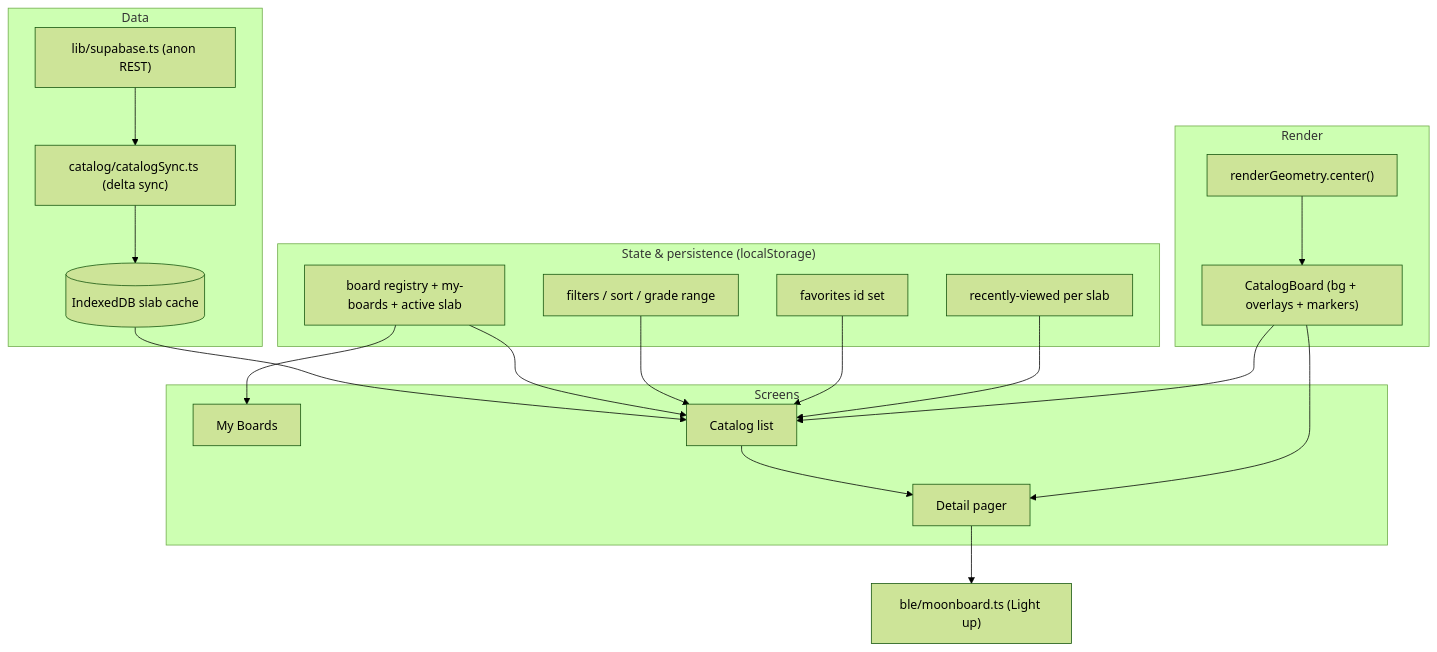
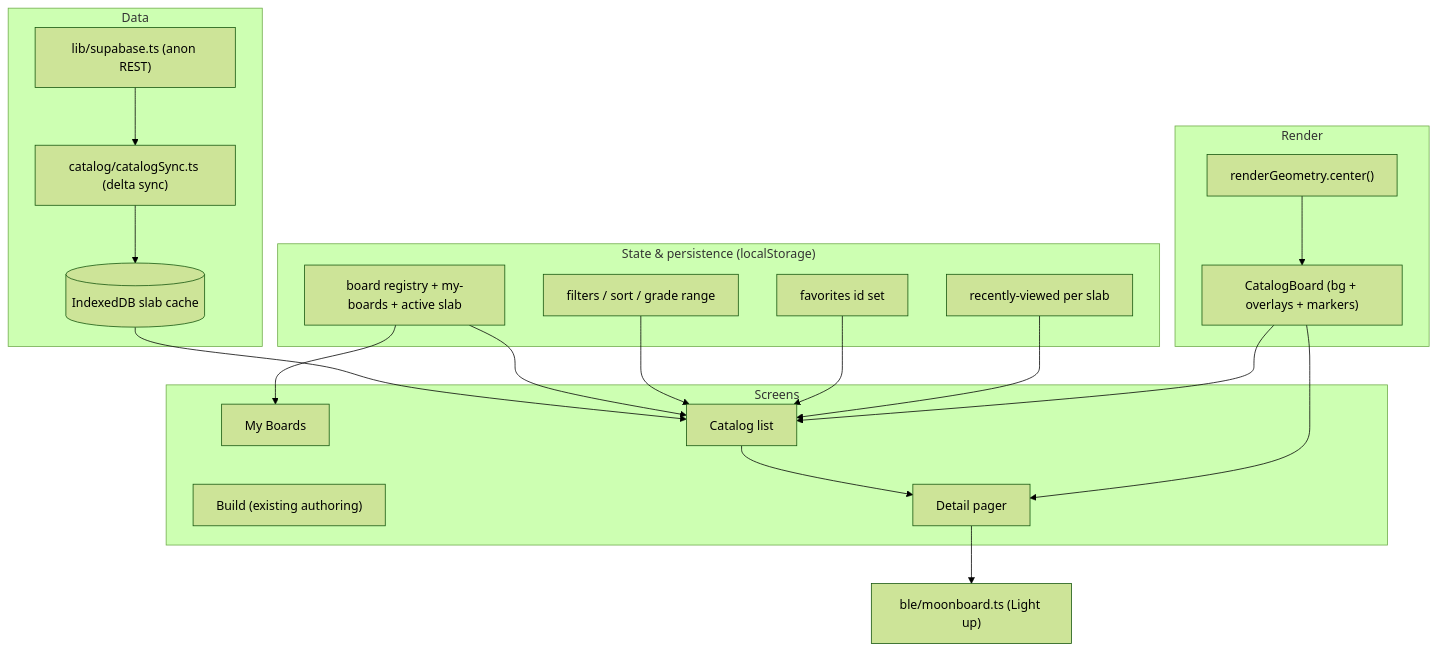
The second of 2 diagrams in docs/plans/2026-07-04-001-feat-pwa-catalog-browser-plan.md (boardhang/boardhang-app), drawn with Mermaid (forest theme) before and after one commit. The commit also changed other lines of this file, not shown here.

````diff
--- a/docs/plans/2026-07-04-001-feat-pwa-catalog-browser-plan.md
+++ b/docs/plans/2026-07-04-001-feat-pwa-catalog-browser-plan.md
@@ -164,35 +164,36 @@
 ```mermaid
 flowchart TB
   subgraph Data
     REST["lib/supabase.ts (anon REST)"]
     Sync["catalog/catalogSync.ts (delta sync)"]
     IDB[("IndexedDB slab cache")]
     REST --> Sync --> IDB
   end
   subgraph State["State & persistence (localStorage)"]
     Boards["board registry + my-boards + active slab"]
     Filters["filters / sort / grade range"]
     Favs["favorites id set"]
     Recents["recently-viewed per slab"]
   end
   subgraph Render
     Geo["renderGeometry.center()"]
     Art["CatalogBoard (bg + overlays + markers)"]
     Geo --> Art
   end
   subgraph Screens
+    Build["Build (existing authoring)"]
     MyBoards["My Boards"]
     List["Catalog list"]
     Detail["Detail pager"]
   end
   IDB --> List
   Boards --> MyBoards
   Boards --> List
   Filters --> List
   Favs --> List
   Recents --> List
   List --> Detail
   Art --> Detail
   Art --> List
   Detail --> BLE["ble/moonboard.ts (Light up)"]
 ```
````
